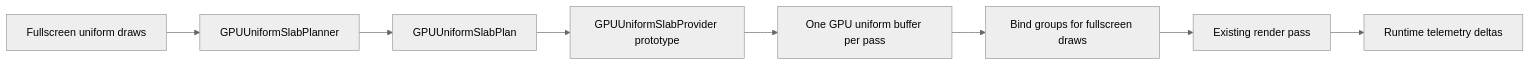
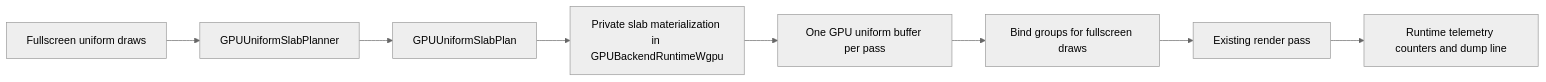
The first of 2 diagrams in docs/superpowers/specs/2026-07-06-gpu-uniform-slab-prototype-design.md (ygdrasil-io/kanvas), drawn with Mermaid (neutral theme) before and after one commit. The commit also changed other lines of this file and 3 other files, not shown here.

````diff
--- a/docs/superpowers/specs/2026-07-06-gpu-uniform-slab-prototype-design.md
+++ b/docs/superpowers/specs/2026-07-06-gpu-uniform-slab-prototype-design.md
@@ -72,10 +73,10 @@
 ```mermaid
 flowchart LR
     A["Fullscreen uniform draws"] --> B["GPUUniformSlabPlanner"]
     B --> C["GPUUniformSlabPlan"]
-    C --> D["GPUUniformSlabProvider prototype"]
+    C --> D["Private slab materialization in GPUBackendRuntimeWgpu"]
     D --> E["One GPU uniform buffer per pass"]
     E --> F["Bind groups for fullscreen draws"]
     F --> G["Existing render pass"]
-    G --> H["Runtime telemetry deltas"]
+    G --> H["Runtime telemetry counters and dump line"]
 ```
````
